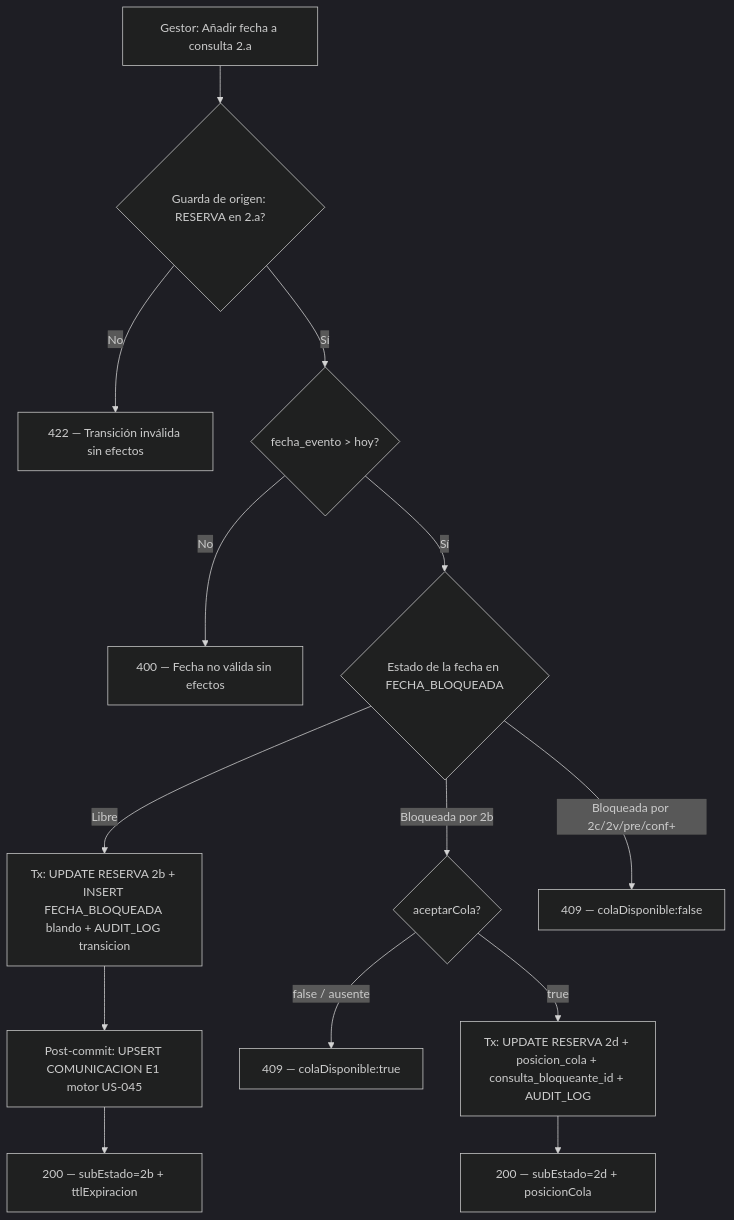
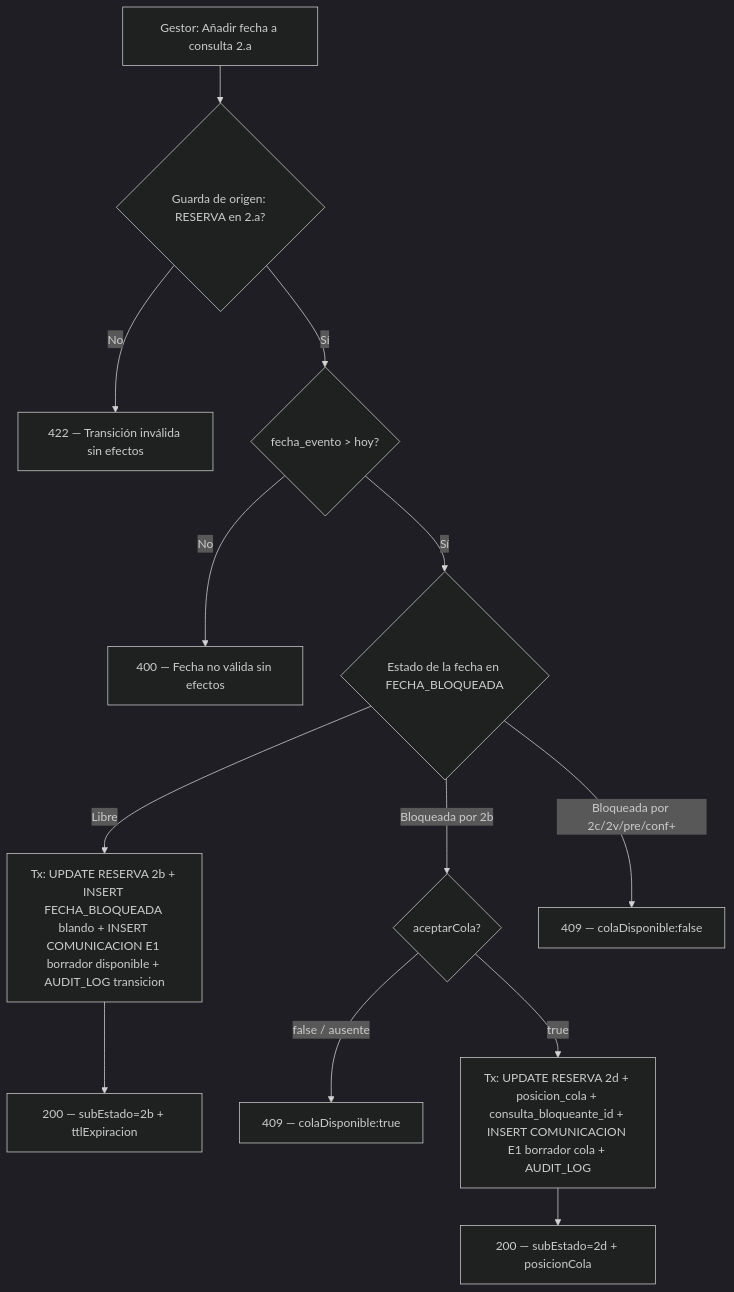
Before and after one commit to rvila89/slotify: the second of 23 diagrams in docs/use-cases.md, drawn with Mermaid (dark theme). The commit also changed other lines of this file and 20 other files, not shown here.

First line of the commit message:
feat(reservas): email de transición de fecha en borrador con redacción dinámica

````diff
--- a/docs/use-cases.md
+++ b/docs/use-cases.md
@@ -269,16 +269,15 @@
 ```mermaid
 flowchart TD
     A[Gestor: Añadir fecha a consulta 2.a] --> B{Guarda de origen: RESERVA en 2.a?}
     B -->|No| C[422 — Transición inválida sin efectos]
     B -->|Sí| D{fecha_evento > hoy?}
     D -->|No| E[400 — Fecha no válida sin efectos]
     D -->|Sí| F{Estado de la fecha en FECHA_BLOQUEADA}
-    F -->|Libre| G[Tx: UPDATE RESERVA 2b + INSERT FECHA_BLOQUEADA blando + AUDIT_LOG transicion]
-    G --> H[Post-commit: UPSERT COMUNICACION E1 motor US-045]
-    H --> I[200 — subEstado=2b + ttlExpiracion]
+    F -->|Libre| G[Tx: UPDATE RESERVA 2b + INSERT FECHA_BLOQUEADA blando + INSERT COMUNICACION E1 borrador disponible + AUDIT_LOG transicion]
+    G --> I[200 — subEstado=2b + ttlExpiracion]
     F -->|Bloqueada por 2b| J{aceptarCola?}
     J -->|false / ausente| K[409 — colaDisponible:true]
-    J -->|true| L[Tx: UPDATE RESERVA 2d + posicion_cola + consulta_bloqueante_id + AUDIT_LOG]
+    J -->|true| L[Tx: UPDATE RESERVA 2d + posicion_cola + consulta_bloqueante_id + INSERT COMUNICACION E1 borrador cola + AUDIT_LOG]
     L --> M[200 — subEstado=2d + posicionCola]
     F -->|Bloqueada por 2c/2v/pre/conf+| N[409 — colaDisponible:false]
 ```
````
